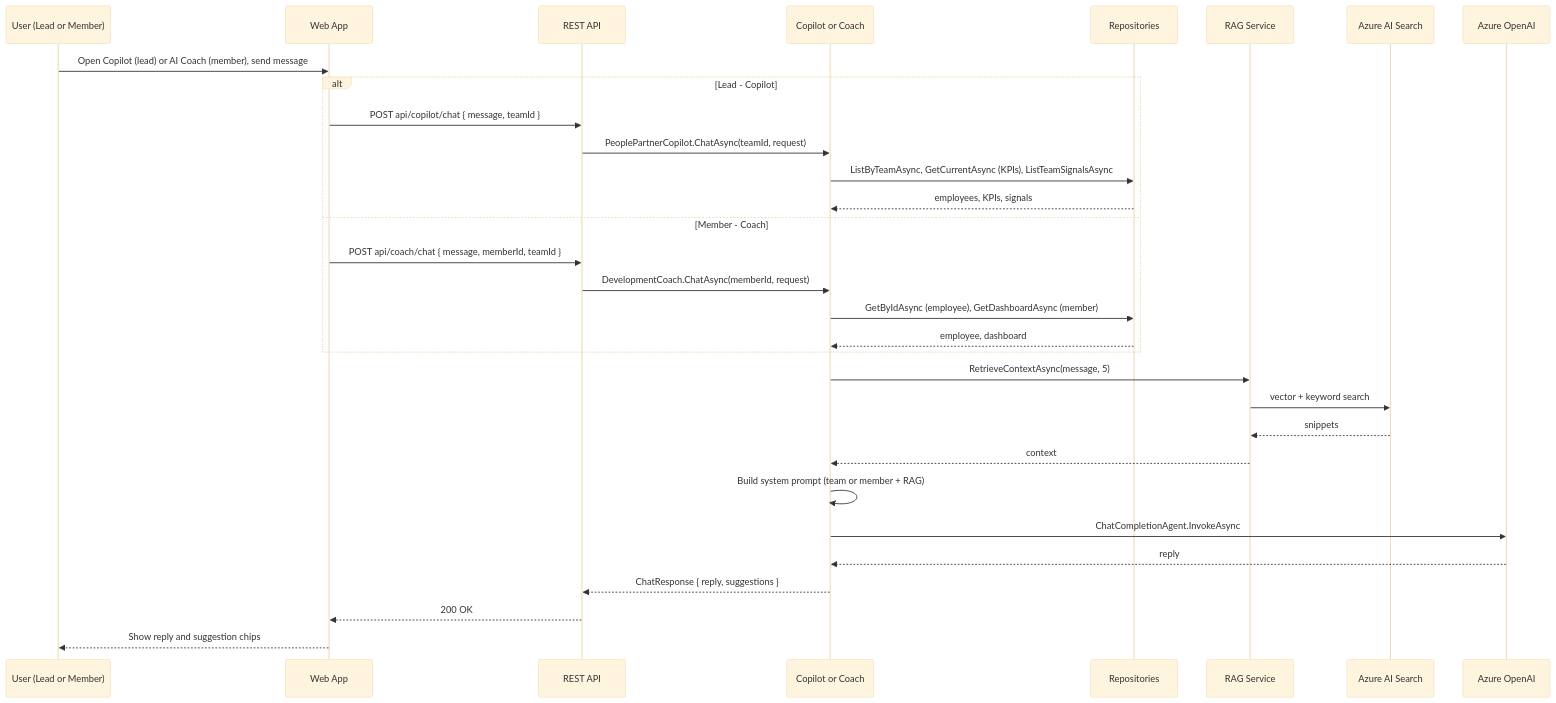
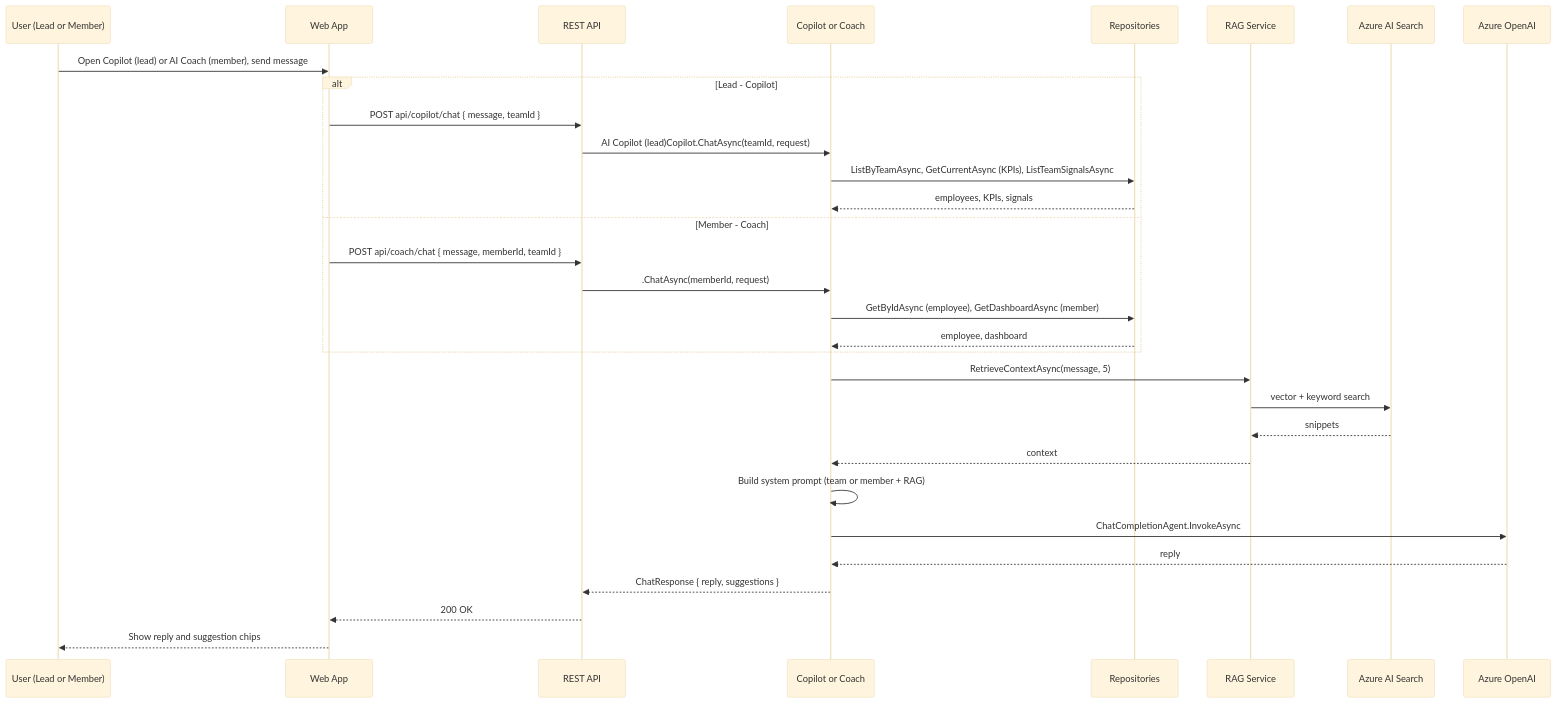
Before and after one commit to LogiqApps-AS/logiq: the first of 2 diagrams in README.md, drawn with Mermaid (base theme). The commit also changed other lines of this file, not shown here.

Commit message:
Update terminology for AI Copilot and Coach

````diff
--- a/README.md
+++ b/README.md
@@ -224,37 +224,37 @@
 ```mermaid
 sequenceDiagram
   participant U as User (Lead or Member)
   participant W as Web App
   participant API as REST API
   participant Agent as Copilot or Coach
   participant Repos as Repositories
   participant RAG as RAG Service
   participant Search as Azure AI Search
   participant OpenAI as Azure OpenAI
 
   U->>W: Open Copilot (lead) or AI Coach (member), send message
   alt Lead - Copilot
     W->>API: POST api/copilot/chat { message, teamId }
-    API->>Agent: PeoplePartnerCopilot.ChatAsync(teamId, request)
+    API->>Agent: AI Copilot (lead)Copilot.ChatAsync(teamId, request)
     Agent->>Repos: ListByTeamAsync, GetCurrentAsync (KPIs), ListTeamSignalsAsync
     Repos-->>Agent: employees, KPIs, signals
   else Member - Coach
     W->>API: POST api/coach/chat { message, memberId, teamId }
-    API->>Agent: DevelopmentCoach.ChatAsync(memberId, request)
+    API->>Agent: .ChatAsync(memberId, request)
     Agent->>Repos: GetByIdAsync (employee), GetDashboardAsync (member)
     Repos-->>Agent: employee, dashboard
   end
 
   Agent->>RAG: RetrieveContextAsync(message, 5)
   RAG->>Search: vector + keyword search
   Search-->>RAG: snippets
   RAG-->>Agent: context
 
   Agent->>Agent: Build system prompt (team or member + RAG)
   Agent->>OpenAI: ChatCompletionAgent.InvokeAsync
   OpenAI-->>Agent: reply
 
   Agent-->>API: ChatResponse { reply, suggestions }
   API-->>W: 200 OK
   W-->>U: Show reply and suggestion chips
 ```
````
